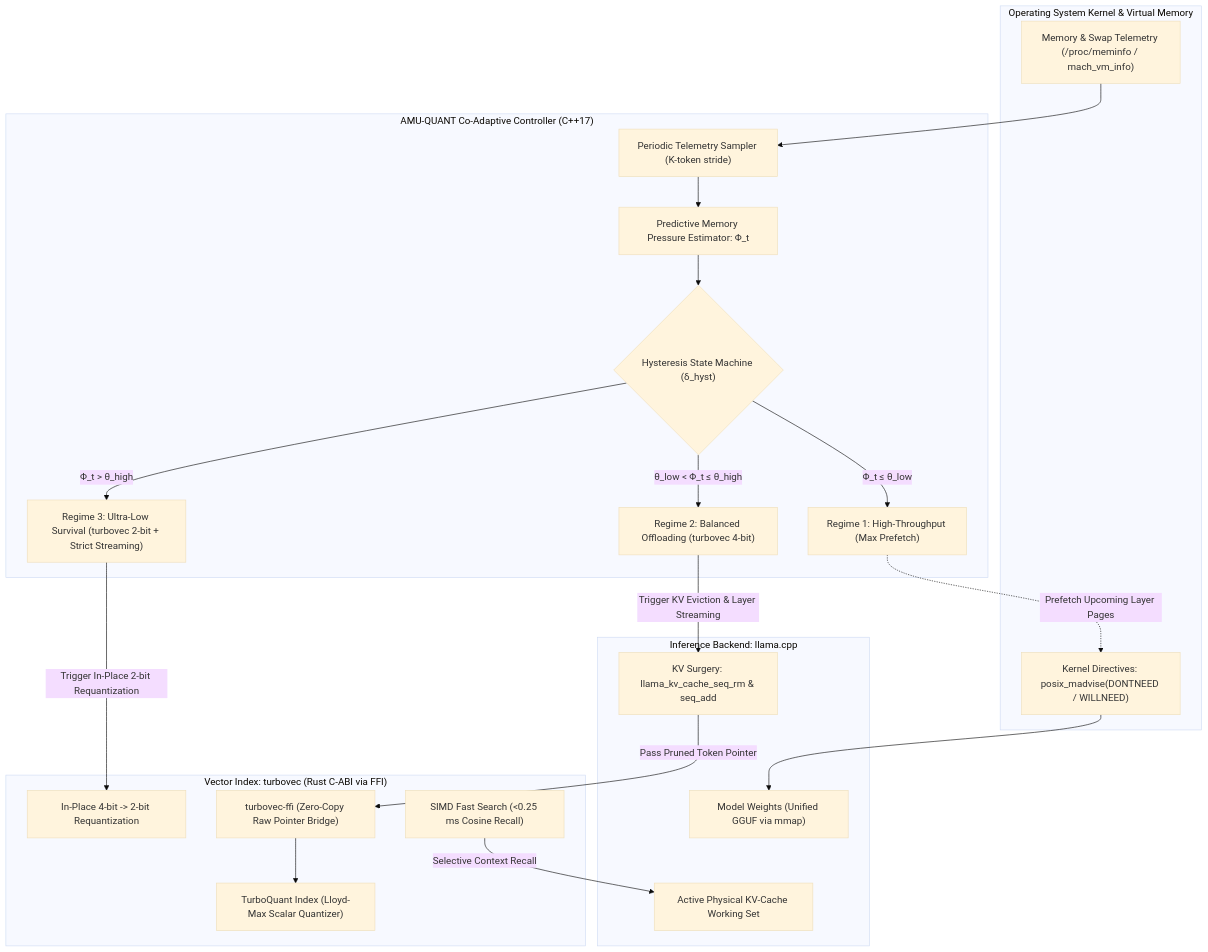
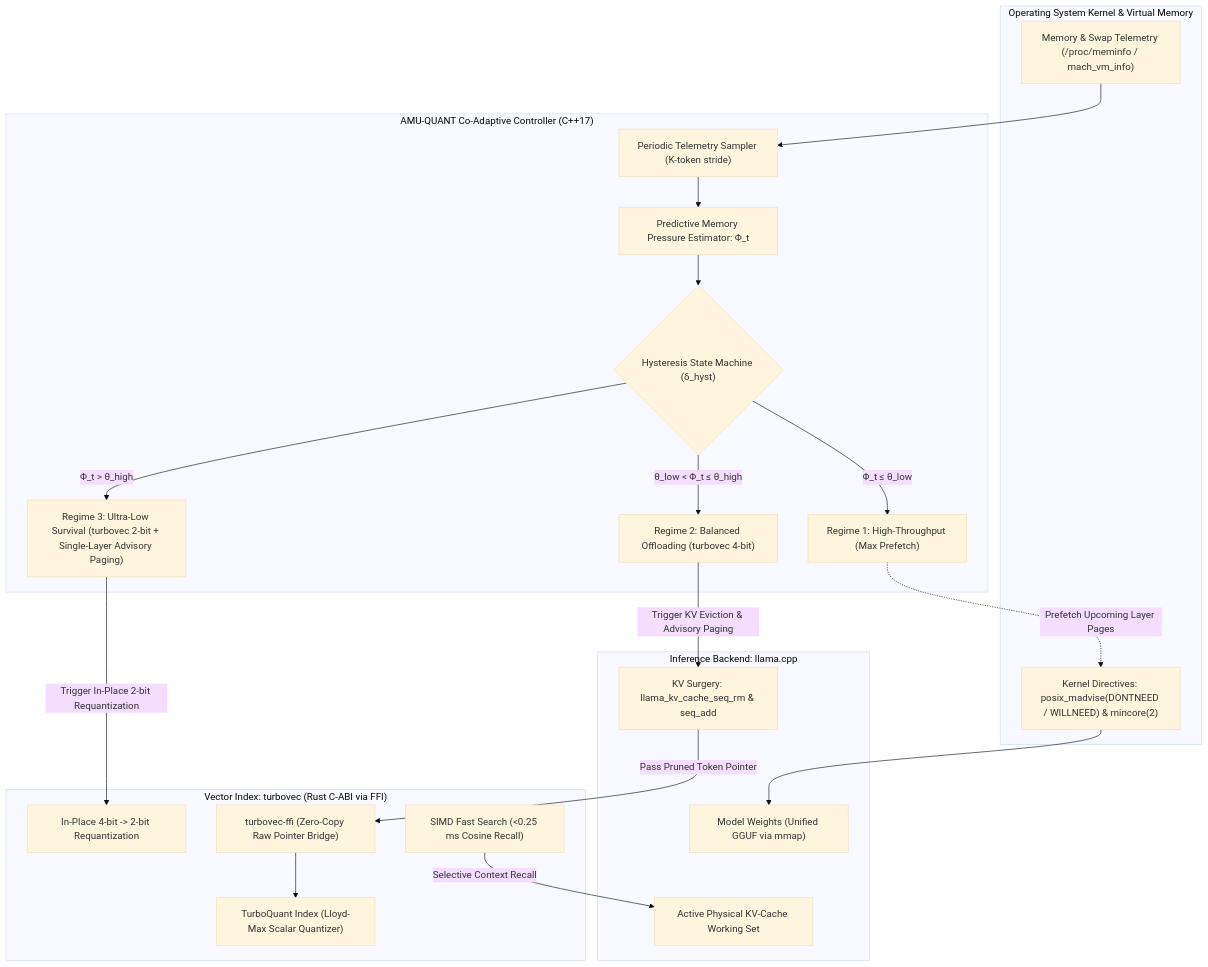
Before and after one commit to ridwanmubarok/amuquant: the diagram in docs/README.md, drawn with Mermaid (base theme). The commit also changed other lines of this file and 8 other files, not shown here.

Commit message:
feat: implement dynamic architecture sizing, online calibration, and isolated policy ablation

````diff
--- a/docs/README.md
+++ b/docs/README.md
@@ -21,46 +21,46 @@
 ```mermaid
 flowchart TD
     subgraph Kernel_OS ["Operating System Kernel & Virtual Memory"]
         VM_Stat["Memory & Swap Telemetry (/proc/meminfo / mach_vm_info)"]
-        KernelMadvise["Kernel Directives: posix_madvise(DONTNEED / WILLNEED)"]
+        KernelMadvise["Kernel Directives: posix_madvise(DONTNEED / WILLNEED) & mincore(2)"]
     end
 
     subgraph AMUQuant_Engine ["AMU-QUANT Co-Adaptive Controller (C++17)"]
         Sampling["Periodic Telemetry Sampler (K-token stride)"]
         ScoreEngine["Predictive Memory Pressure Estimator: Φ_t"]
         RegimeLogic{"Hysteresis State Machine (δ_hyst)"}
         R1["Regime 1: High-Throughput (Max Prefetch)"]
         R2["Regime 2: Balanced Offloading (turbovec 4-bit)"]
-        R3["Regime 3: Ultra-Low Survival (turbovec 2-bit + Strict Streaming)"]
+        R3["Regime 3: Ultra-Low Survival (turbovec 2-bit + Single-Layer Advisory Paging)"]
     end
 
     subgraph Llama_CPP ["Inference Backend: llama.cpp"]
         MmapWeights["Model Weights (Unified GGUF via mmap)"]
         ActiveKVCache["Active Physical KV-Cache Working Set"]
         Surgery["KV Surgery: llama_kv_cache_seq_rm & seq_add"]
     end
 
     subgraph Turbovec_Rust ["Vector Index: turbovec (Rust C-ABI via FFI)"]
         FFI["turbovec-ffi (Zero-Copy Raw Pointer Bridge)"]
         TurboQuant["TurboQuant Index (Lloyd-Max Scalar Quantizer)"]
         Requantize["In-Place 4-bit -> 2-bit Requantization"]
         SIMD["SIMD Fast Search (<0.25 ms Cosine Recall)"]
     end
 
     VM_Stat --> Sampling
     Sampling --> ScoreEngine
     ScoreEngine --> RegimeLogic
     RegimeLogic -->|Φ_t ≤ θ_low| R1
     RegimeLogic -->|θ_low < Φ_t ≤ θ_high| R2
     RegimeLogic -->|Φ_t > θ_high| R3
 
     R1 -.->|Prefetch Upcoming Layer Pages| KernelMadvise
-    R2 -->|Trigger KV Eviction & Layer Streaming| Surgery
+    R2 -->|Trigger KV Eviction & Advisory Paging| Surgery
     R3 -->|Trigger In-Place 2-bit Requantization| Requantize
 
     Surgery -->|Pass Pruned Token Pointer| FFI
     FFI --> TurboQuant
     SIMD -->|Selective Context Recall| ActiveKVCache
 
     KernelMadvise --> MmapWeights
 ```
````
